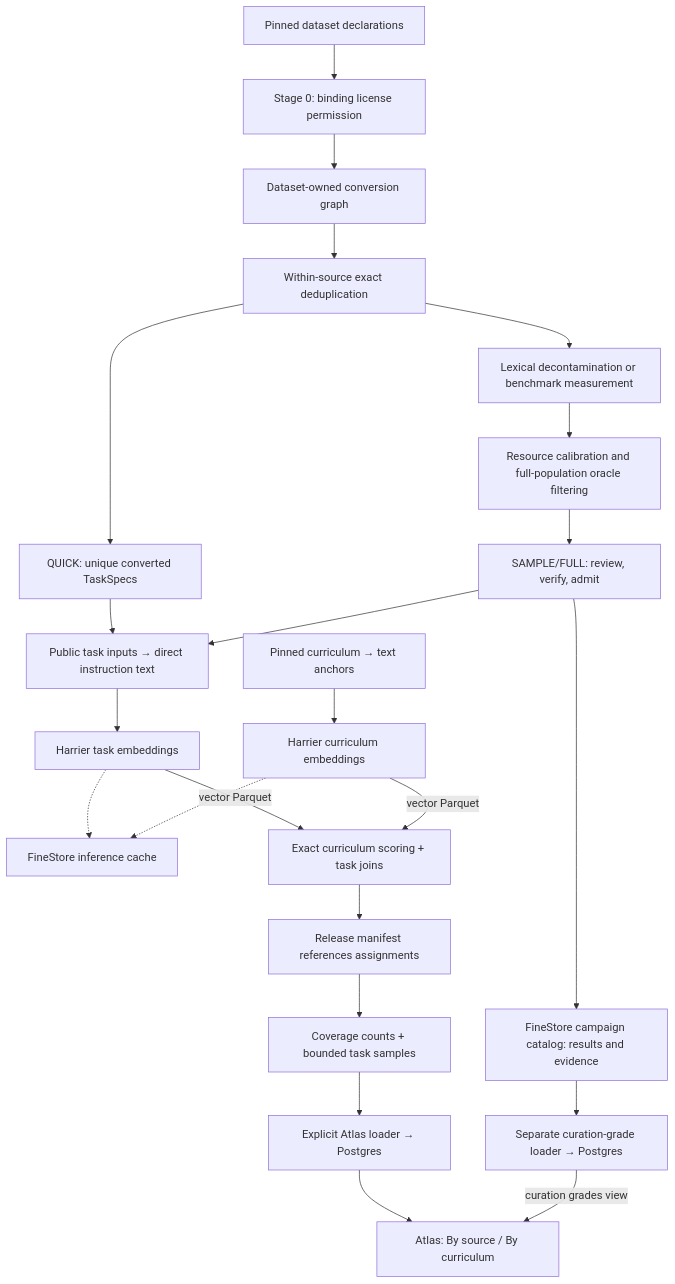
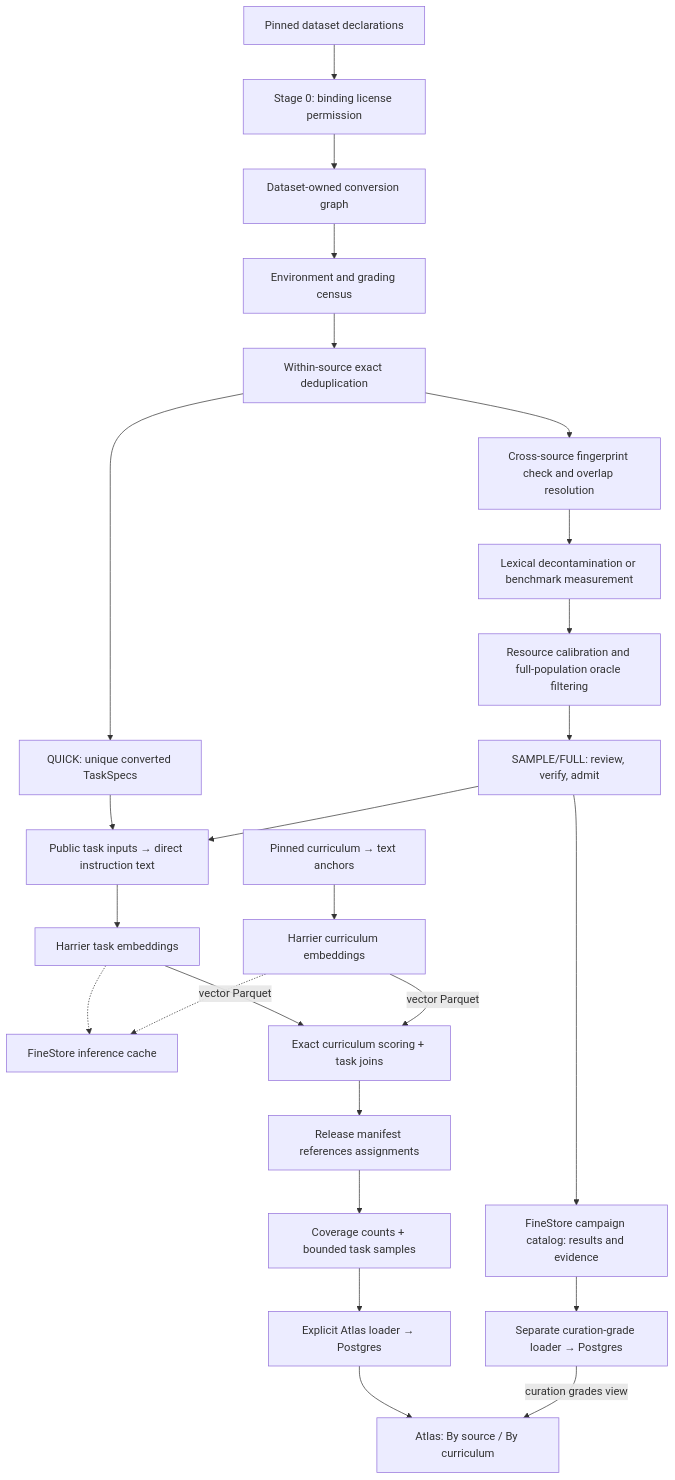
The diagram in docs/references/task-curation.md (marin-community/marin), drawn with Mermaid before and after one commit. The commit also changed other lines of this file and 2 other files, not shown here.

First line of the commit message:
[atlas] Define source workflows and evidence reuse

````diff
--- a/docs/references/task-curation.md
+++ b/docs/references/task-curation.md
@@ -674,25 +990,27 @@
 ```mermaid
 flowchart TD
     sources["Pinned dataset declarations"] --> license["Stage 0: binding license permission"]
     license --> conversion["Dataset-owned conversion graph"]
-    conversion --> dedup["Within-source exact deduplication"]
+    conversion --> census["Environment and grading census"]
+    census --> dedup["Within-source exact deduplication"]
     dedup --> quick["QUICK: unique converted TaskSpecs"]
-    dedup --> decon["Lexical decontamination or benchmark measurement"]
+    dedup --> cross["Cross-source fingerprint check and overlap resolution"]
+    cross --> decon["Lexical decontamination or benchmark measurement"]
     decon --> calibration["Resource calibration and full-population oracle filtering"]
     calibration --> reviewed["SAMPLE/FULL: review, verify, admit"]
     reviewed --> catalog["FineStore campaign catalog: results and evidence"]
     quick --> text["Public task inputs → direct instruction text"]
     reviewed --> text
     text --> task_vectors["Harrier task embeddings"]
     curriculum["Pinned curriculum → text anchors"] --> curriculum_vectors["Harrier curriculum embeddings"]
     task_vectors -.-> cache["FineStore inference cache"]
     curriculum_vectors -.-> cache
     task_vectors -->|vector Parquet| alignment["Exact curriculum scoring + task joins"]
     curriculum_vectors -->|vector Parquet| alignment
     alignment --> release["Release manifest references assignments"]
     release --> coverage["Coverage counts + bounded task samples"]
     coverage --> loader["Explicit Atlas loader → Postgres"]
     loader --> atlas["Atlas: By source / By curriculum"]
     catalog --> grades["Separate curation-grade loader → Postgres"]
     grades -->|curation grades view| atlas
 ```
````
